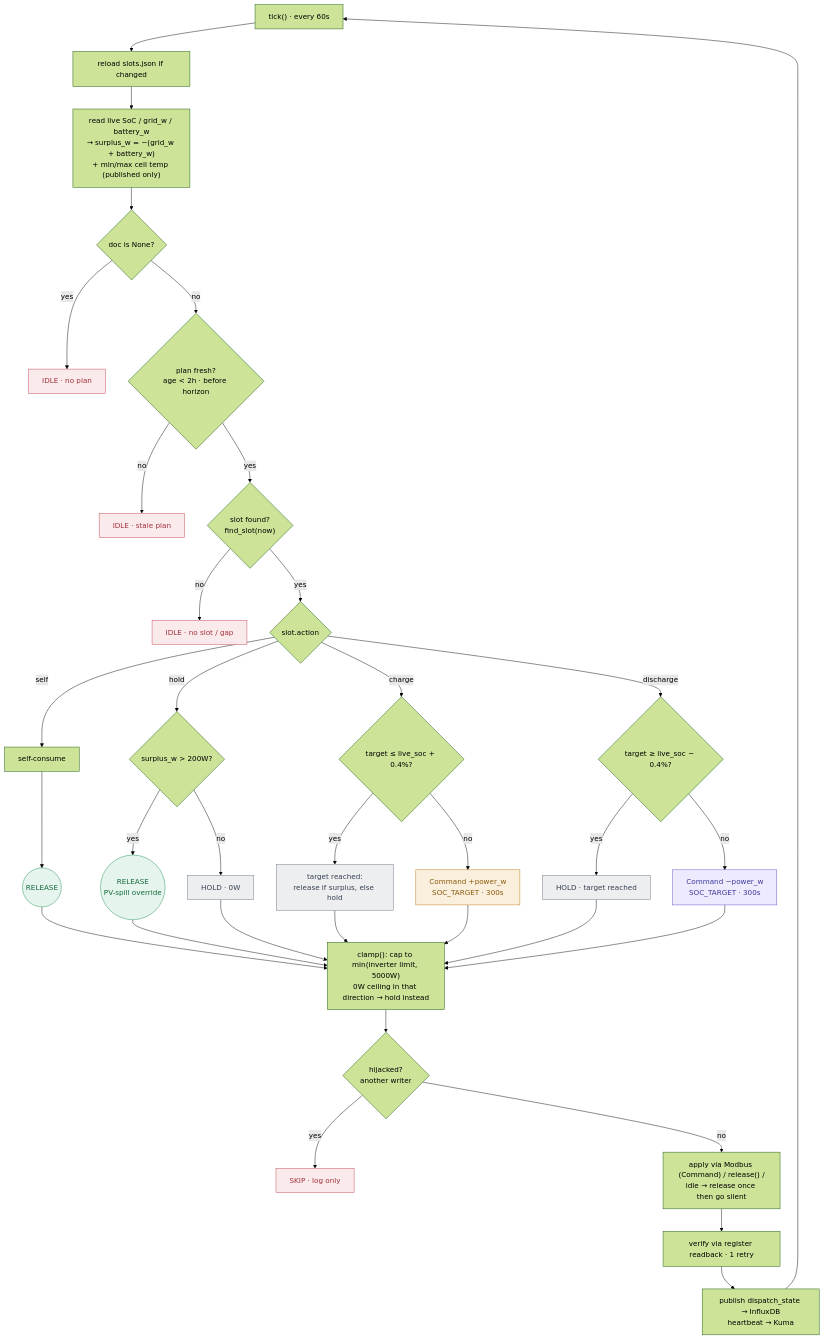
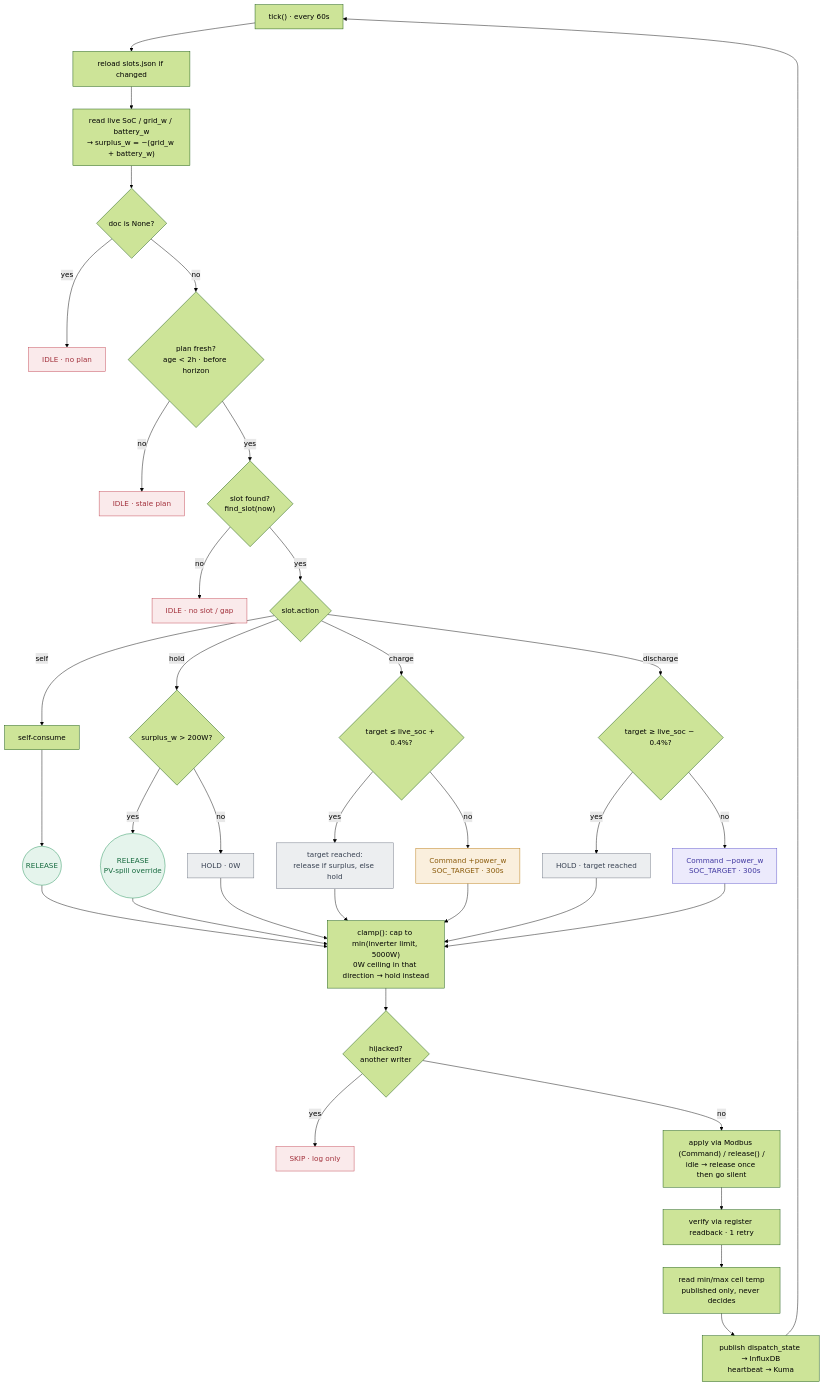
The second of 3 diagrams in docs/DISPATCH-FLOW.md (sandeepthukral/alphaess-collector), drawn with Mermaid (forest theme) before and after one commit. The commit also changed other lines of this file and 7 other files, not shown here.

````diff
--- a/docs/DISPATCH-FLOW.md
+++ b/docs/DISPATCH-FLOW.md
@@ -28,49 +28,50 @@
 ```mermaid
 flowchart TD
     A["tick() · every 60s"] --> B[reload slots.json if changed]
-    B --> C["read live SoC / grid_w / battery_w<br/>→ surplus_w = −(grid_w + battery_w)<br/>+ min/max cell temp (published only)"]
+    B --> C["read live SoC / grid_w / battery_w<br/>→ surplus_w = −(grid_w + battery_w)"]
     C --> D{doc is None?}
     D -- yes --> IDLE1[IDLE · no plan]
     D -- no --> E{"plan fresh?<br/>age &lt; 2h · before horizon"}
     E -- no --> IDLE2[IDLE · stale plan]
     E -- yes --> F{"slot found?<br/>find_slot(now)"}
     F -- no --> IDLE3[IDLE · no slot / gap]
     F -- yes --> G{slot.action}
 
     G -- self --> SELF[self-consume] --> REL1((RELEASE))
     G -- hold --> H{surplus_w &gt; 200W?}
     H -- yes --> REL2(("RELEASE<br/>PV-spill override"))
     H -- no --> HOLD1["HOLD · 0W"]
     G -- charge --> I{"target ≤ live_soc + 0.4%?"}
     I -- yes --> J["target reached:<br/>release if surplus, else hold"]
     I -- no --> CHG["Command +power_w<br/>SOC_TARGET · 300s"]
     G -- discharge --> K{"target ≥ live_soc − 0.4%?"}
     K -- yes --> HOLD2["HOLD · target reached"]
     K -- no --> DIS["Command −power_w<br/>SOC_TARGET · 300s"]
 
     REL1 --> CLAMP
     REL2 --> CLAMP
     HOLD1 --> CLAMP
     J --> CLAMP
     CHG --> CLAMP
     HOLD2 --> CLAMP
     DIS --> CLAMP
 
     CLAMP["clamp(): cap to min(inverter limit, 5000W)<br/>0W ceiling in that direction → hold instead"] --> M{"hijacked?<br/>another writer"}
     M -- yes --> SKIP[SKIP · log only]
     M -- no --> N["apply via Modbus (Command) / release() /<br/>idle → release once then go silent"]
     N --> O[verify via register readback · 1 retry]
-    O --> PUB["publish dispatch_state → InfluxDB<br/>heartbeat → Kuma"]
+    O --> TEMP["read min/max cell temp<br/>published only, never decides"]
+    TEMP --> PUB["publish dispatch_state → InfluxDB<br/>heartbeat → Kuma"]
     PUB --> A
 
     classDef release fill:#e5f4ec,stroke:#1f8f56,color:#166a3f;
     classDef hold fill:#eceef0,stroke:#6b7280,color:#374151;
     classDef charge fill:#faefdd,stroke:#b8790f,color:#8a5a0a;
     classDef discharge fill:#eceafc,stroke:#5b52c9,color:#4038a0;
     classDef idle fill:#faeaeb,stroke:#c14350,color:#a3323d;
     class REL1,REL2 release;
     class HOLD1,HOLD2,J hold;
     class CHG charge;
     class DIS discharge;
     class IDLE1,IDLE2,IDLE3,SKIP idle;
 ```
````
